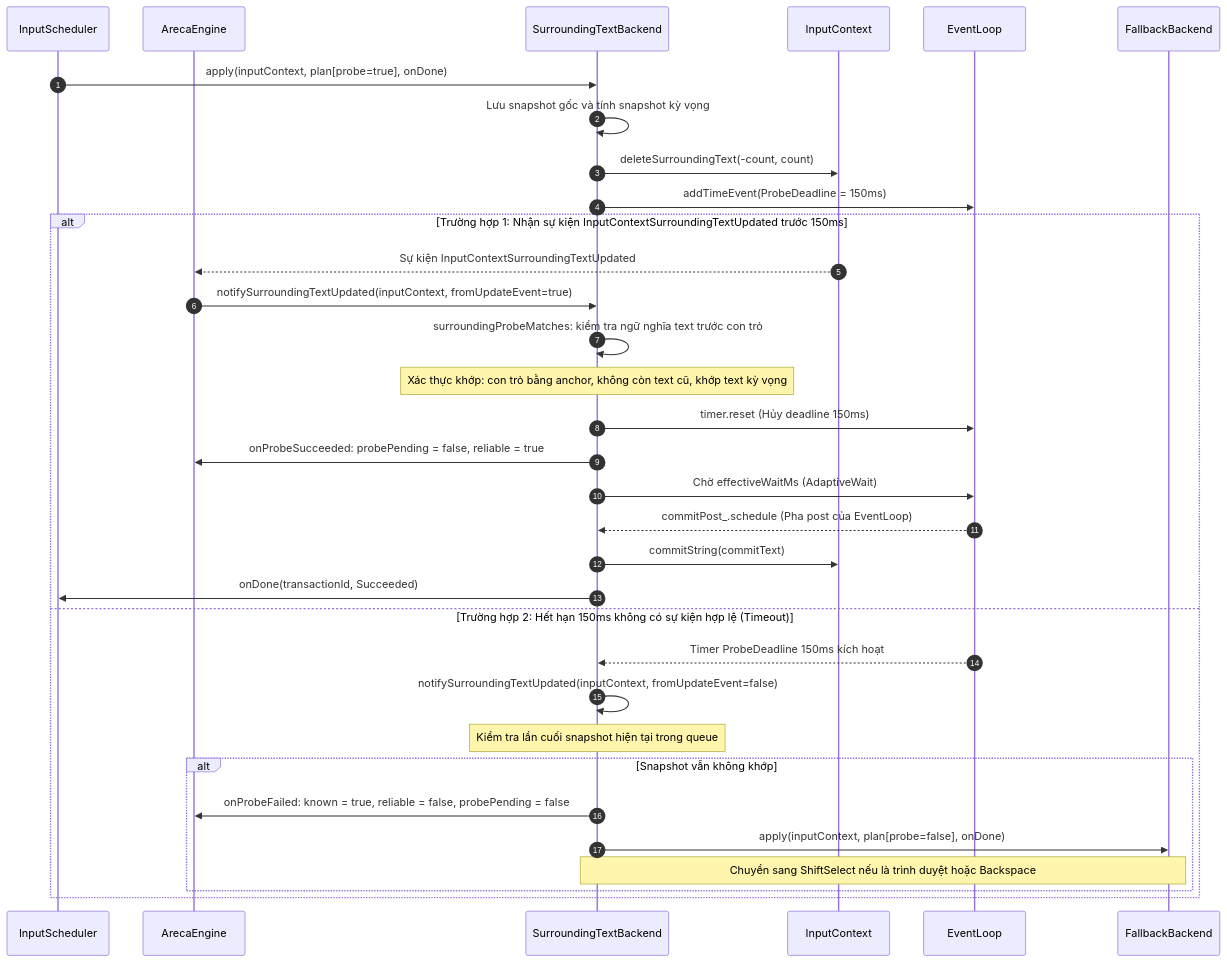
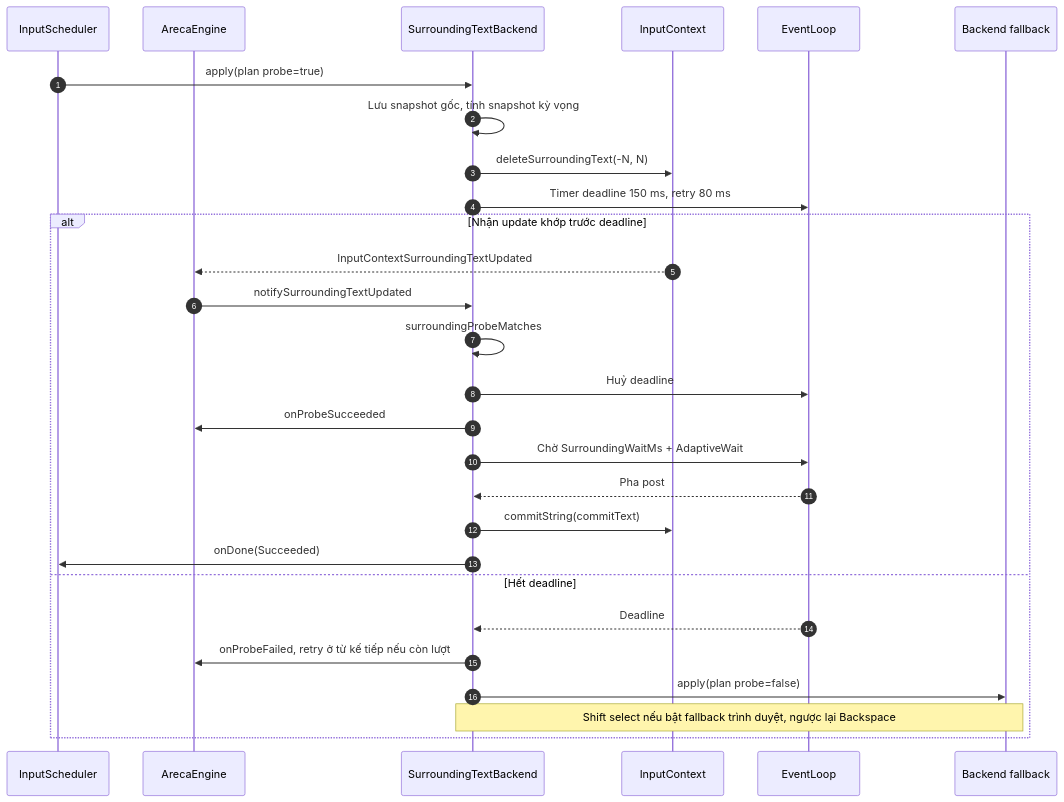
One commit to xhkzeroone/ArecaIME changed the second of 7 diagrams in docs/ARECA_ARCHITECTURE_SPECIFICATION.md. Above: the diagram before and after it, drawn with Mermaid. The commit also changed other lines of this file and 5 other files, not shown here.

````diff
--- a/docs/ARECA_ARCHITECTURE_SPECIFICATION.md
+++ b/docs/ARECA_ARCHITECTURE_SPECIFICATION.md
@@ -128,37 +136,32 @@
 ```mermaid
 sequenceDiagram
     autonumber
     participant S as InputScheduler
     participant E as ArecaEngine
     participant B as SurroundingTextBackend
     participant IC as InputContext
     participant EL as EventLoop
-    participant FB as FallbackBackend
+    participant FB as Backend fallback
 
-    S->>B: apply(inputContext, plan[probe=true], onDone)
-    B->>B: Lưu snapshot gốc và tính snapshot kỳ vọng
-    B->>IC: deleteSurroundingText(-count, count)
-    B->>EL: addTimeEvent(ProbeDeadline = 150ms)
-    
-    alt Trường hợp 1: Nhận sự kiện InputContextSurroundingTextUpdated trước 150ms
-        IC-->>E: Sự kiện InputContextSurroundingTextUpdated
-        E->>B: notifySurroundingTextUpdated(inputContext, fromUpdateEvent=true)
-        B->>B: surroundingProbeMatches: kiểm tra ngữ nghĩa text trước con trỏ
-        Note over B: Xác thực khớp: con trỏ bằng anchor, không còn text cũ, khớp text kỳ vọng
-        B->>EL: timer.reset (Hủy deadline 150ms)
-        B->>E: onProbeSucceeded: probePending = false, reliable = true
-        B->>EL: Chờ effectiveWaitMs (AdaptiveWait)
-        EL-->>B: commitPost_.schedule (Pha post của EventLoop)
+    S->>B: apply(plan probe=true)
+    B->>B: Lưu snapshot gốc, tính snapshot kỳ vọng
+    B->>IC: deleteSurroundingText(-N, N)
+    B->>EL: Timer deadline 150 ms, retry 80 ms
+
+    alt Nhận update khớp trước deadline
+        IC-->>E: InputContextSurroundingTextUpdated
+        E->>B: notifySurroundingTextUpdated
+        B->>B: surroundingProbeMatches
+        B->>EL: Huỷ deadline
+        B->>E: onProbeSucceeded
+        B->>EL: Chờ SurroundingWaitMs + AdaptiveWait
+        EL-->>B: Pha post
         B->>IC: commitString(commitText)
-        B->>S: onDone(transactionId, Succeeded)
-    else Trường hợp 2: Hết hạn 150ms không có sự kiện hợp lệ (Timeout)
-        EL-->>B: Timer ProbeDeadline 150ms kích hoạt
-        B->>B: notifySurroundingTextUpdated(inputContext, fromUpdateEvent=false)
-        Note over B: Kiểm tra lần cuối snapshot hiện tại trong queue
-        alt Snapshot vẫn không khớp
-            B->>E: onProbeFailed: known = true, reliable = false, probePending = false
-            B->>FB: apply(inputContext, plan[probe=false], onDone)
-            Note over B,FB: Chuyển sang ShiftSelect nếu là trình duyệt hoặc Backspace
-        end
+        B->>S: onDone(Succeeded)
+    else Hết deadline
+        EL-->>B: Deadline
+        B->>E: onProbeFailed, retry ở từ kế tiếp nếu còn lượt
+        B->>FB: apply(plan probe=false)
+        Note over B,FB: Shift select nếu bật fallback trình duyệt, ngược lại Backspace
     end
 ```
````
